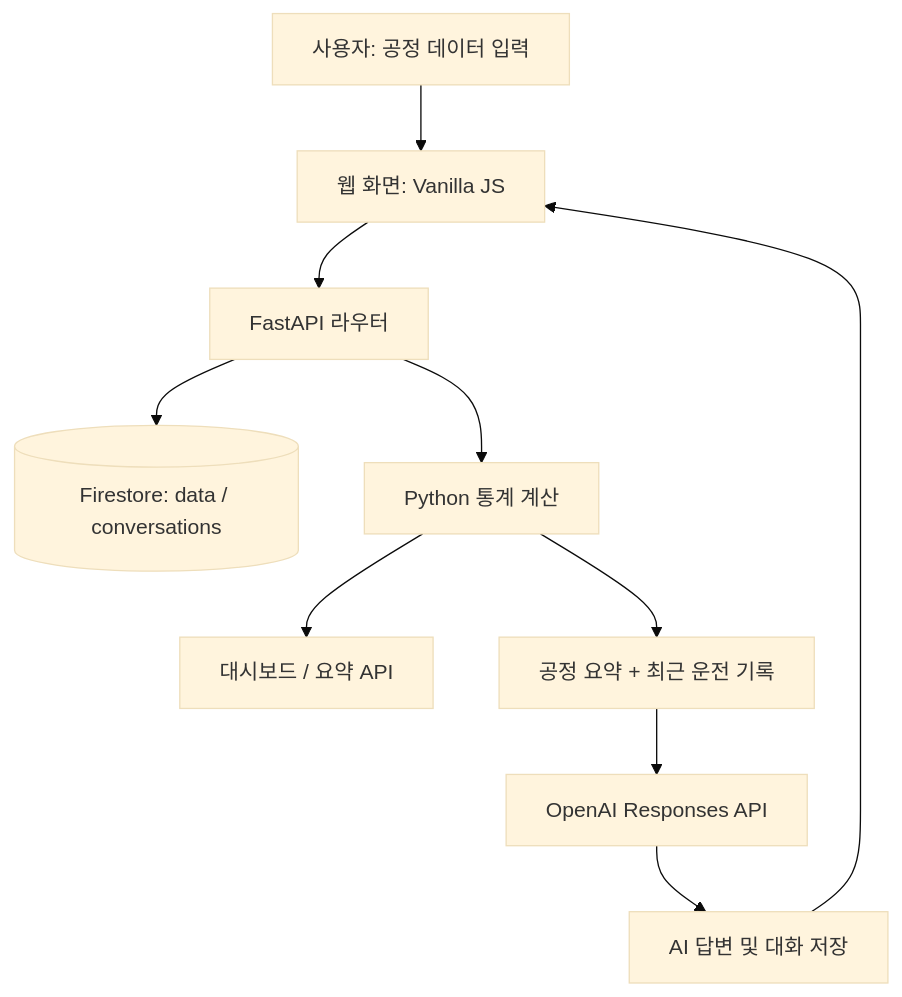
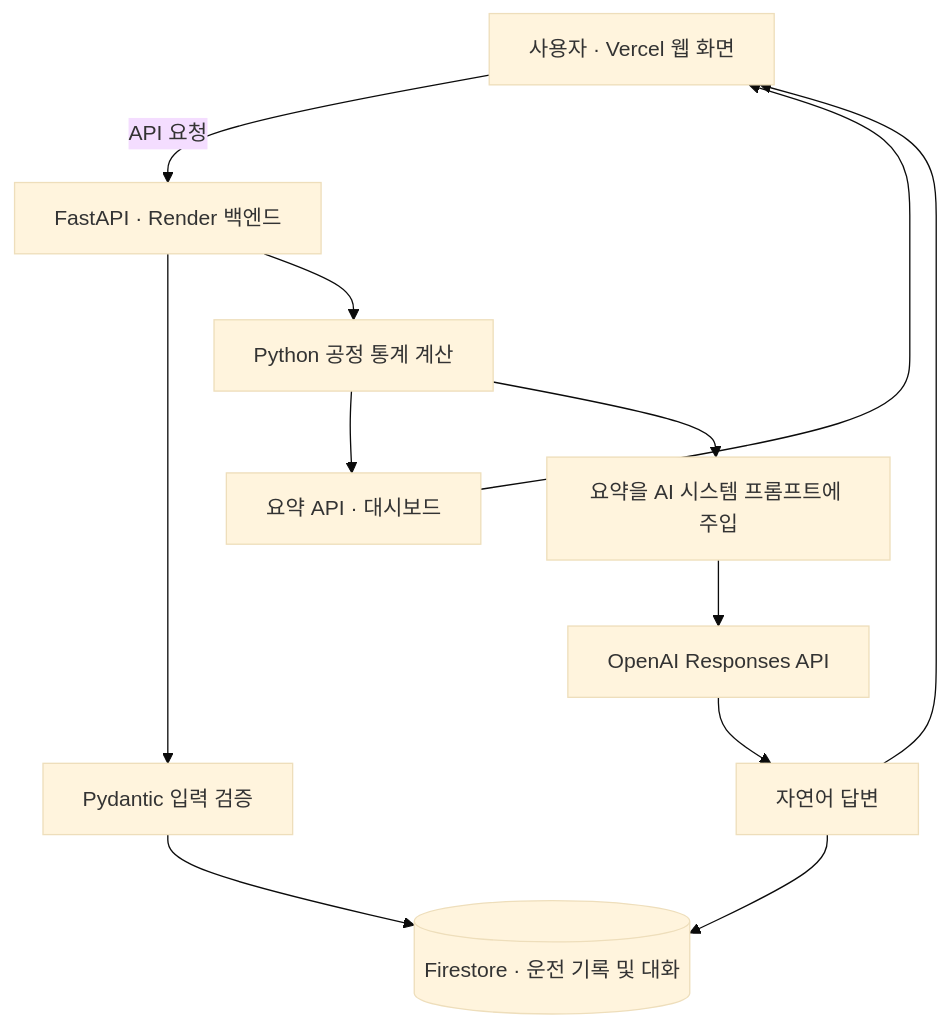
The second of 2 diagrams in README.md (zzangminju/distillmate), drawn with Mermaid (base theme) before and after one commit. The commit also changed other lines of this file, not shown here.

````diff
--- a/README.md
+++ b/README.md
@@ -560,12 +552,14 @@
 ```mermaid
 flowchart TD
-    U[사용자: 공정 데이터 입력] --> F[웹 화면: Vanilla JS]
-    F --> A[FastAPI 라우터]
-    A --> DB[(Firestore: data / conversations)]
-    A --> S[Python 통계 계산]
-    S --> UI[대시보드 / 요약 API]
-    S --> P[공정 요약 + 최근 운전 기록]
-    P --> O[OpenAI Responses API]
-    O --> C[AI 답변 및 대화 저장]
-    C --> F
+    A[사용자 · Vercel 웹 화면] -->|API 요청| B[FastAPI · Render 백엔드]
+    B --> C[Pydantic 입력 검증]
+    C --> D[(Firestore · 운전 기록 및 대화)]
+    B --> E[Python 공정 통계 계산]
+    E --> F[요약 API · 대시보드]
+    E --> G[요약을 AI 시스템 프롬프트에 주입]
+    G --> H[OpenAI Responses API]
+    H --> I[자연어 답변]
+    I --> D
+    F --> A
+    I --> A
 ```
````
